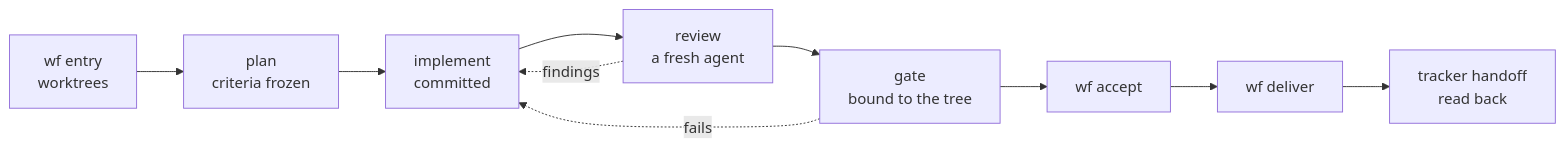
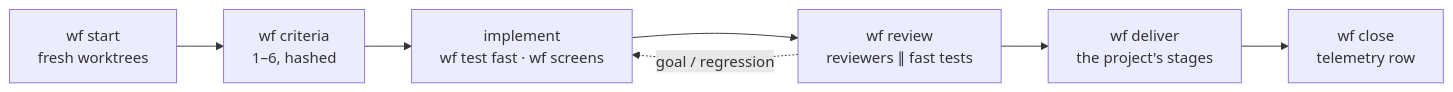
Before and after one commit to o-m-a-r-k/agentic-workflow: the diagram in README.md, drawn with Mermaid. The commit also changed other lines of this file and 259 other files, not shown here.

````diff
--- a/README.md
+++ b/README.md
@@ -73,8 +57,6 @@
 ```mermaid
 flowchart LR
-  E["wf entry<br/>worktrees"] --> P["plan<br/>criteria frozen"] --> I["implement<br/>committed"]
-  I --> R["review<br/>a fresh agent"] --> G["gate<br/>bound to the tree"]
-  G --> A["wf accept"] --> D["wf deliver"] --> T["tracker handoff<br/>read back"]
-  R -. findings .-> I
-  G -. fails .-> I
+  S["wf start<br/>fresh worktrees"] --> C["wf criteria<br/>1–6, hashed"] --> I["implement<br/>wf test fast · wf screens"]
+  I --> R["wf review<br/>reviewers ∥ fast tests"] --> D["wf deliver<br/>the project's stages"] --> X["wf close<br/>telemetry row"]
+  R -. goal / regression .-> I
 ```
````
